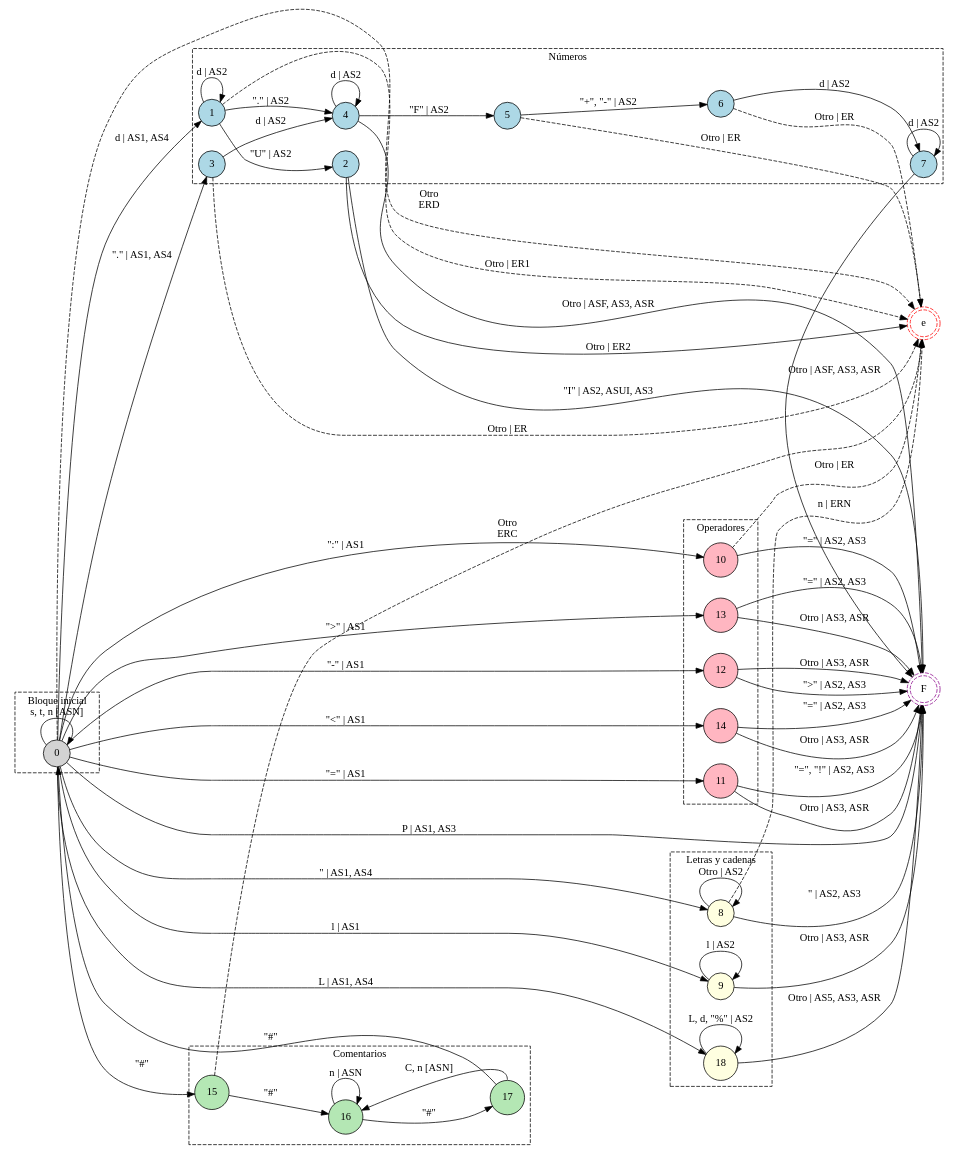
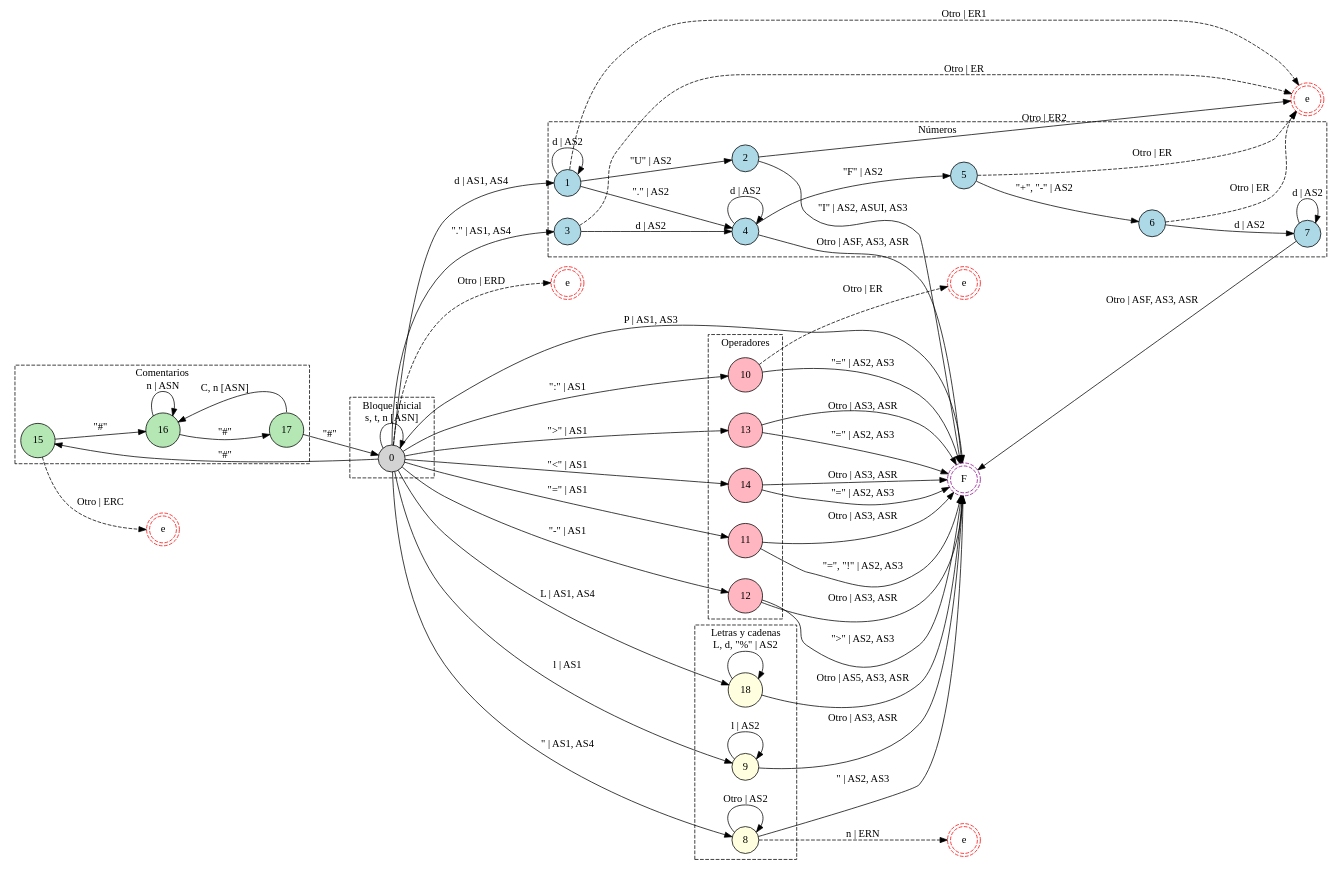
The diagram in resources/diagrams/finiteAutomatom.dot (iroumec/RouVel-Compiler), drawn with Graphviz before and after one commit. The commit also changed 41 other files, not shown here.

Commit message:
Diagrams greatly improved

```diff
--- a/resources/diagrams/finiteAutomatom.dot
+++ b/resources/diagrams/finiteAutomatom.dot
@@ -1,130 +1,139 @@
 digraph DFA {
     // Layout general
     rankdir = LR;
     splines = true;
     overlap = false;
     nodesep = 0.4;
     ranksep = 0.6;
     
     // Estados normales
     node [shape = circle; style = filled;];
     
     // Estado de aceptación
     F [shape = doublecircle;style = dashed;color = "#8a048a";];
     
-    // Estado de error
-    e [shape = doublecircle;style = dashed;color = red;];
+    // Estados de error.
+    // Se definen varios para que el autómata quede más claro.
+    // Todos referencias al mismo estado de error.
+    // ERROR GENERAL.
+    eG [shape = doublecircle;style = dashed;color = red;label = "e";];
+    // ERROR DE COMENTARIO.
+    eC [shape = doublecircle;style = dashed;color = red;label = "e";];
+    // ERROR DE OPERADOR.
+    eP [shape = doublecircle;style = dashed;color = red;label = "e";];
+    // ERROR DE NÚMERO.
+    eN [shape = doublecircle;style = dashed;color = red;label = "e";];
+    // ERROR DE CADENA.
+    eS [shape = doublecircle;style = dashed;color = red;label = "e";];
     
     // -----------------------------
     // Agrupación inicial
     subgraph cluster_inicio {
         label = "Bloque inicial";
         style = dashed;
         fillcolor = lightgrey;
         0;
     }
     
     // Agrupación numérica
     subgraph cluster_num {
         label = "Números";
         style = dashed;
         fillcolor = "#f2f2f2";
         node [fillcolor = lightblue;];
         1;
         2;
         3;
         4;
         5;
         6;
         7;
     }
     
     // Agrupación literales
     subgraph cluster_lit {
         label = "Letras y cadenas";
         style = dashed;
         node [fillcolor = lightyellow;];
         8;
         9;
         18;
     }
     
     // Agrupación operadores
     subgraph cluster_ops {
         label = "Operadores";
         style = dashed;
         node [fillcolor = lightpink;];
         10;
         11;
         12;
         13;
         14;
     }
     
     // Agrupación comentarios
     subgraph cluster_coment {
         label = "Comentarios";
         style = dashed;
         node [fillcolor = "#b4e7b4";];
         15;
         16;
         17;
     }
     
     0 -> 0 [label = "s, t, n [ASN]";];
     0 -> 10 [label = "\":\" | AS1";];
     0 -> 11 [label = "\"=\" | AS1";];
     0 -> 12 [label = "\"-\" | AS1";];
     0 -> 13 [label = "\">\" | AS1";];
     0 -> 14 [label = "\"<\" | AS1";];
     0 -> 15 [label = "\"#\"";];
     0 -> 18 [label = "L | AS1, AS4";];
     0 -> 1 [label = "d | AS1, AS4";];
     0 -> 3 [label = "\".\" | AS1, AS4";];
     0 -> 8 [label = "\" | AS1, AS4";];
     0 -> 9 [label = "l | AS1";];
-    0 -> e [label = "Otro \n ERD"; style = dashed;];
+    0 -> eG [label = "Otro | ERD"; style = dashed;];
     0 -> F [label = "P | AS1, AS3";];
-    
     1 -> 1 [label = "d | AS2";];
     1 -> 2 [label = "\"U\" | AS2";];
     1 -> 4 [label = "\".\" | AS2";];
-    1 -> e [label = "Otro | ER1"; style = dashed;];
-    2 -> e [label = "Otro | ER2";];
+    1 -> eN [label = "Otro | ER1"; style = dashed;];
+    2 -> eN [label = "Otro | ER2";];
     2 -> F [label = "\"I\" | AS2, ASUI, AS3";];
     3 -> 4 [label = "d | AS2";];
-    3 -> e [label = "Otro | ER"; style = dashed;];
+    3 -> eN [label = "Otro | ER"; style = dashed;];
     4 -> 4 [label = "d | AS2";];
     4 -> 5 [label = "\"F\" | AS2";];
     4 -> F [label = "Otro | ASF, AS3, ASR";];
     5 -> 6 [label = "\"+\", \"-\" | AS2";];
-    5 -> e [label = "Otro | ER"; style = dashed;];
+    5 -> eN [label = "Otro | ER"; style = dashed;];
     6 -> 7 [label = "d | AS2";];
-    6 -> e [label = "Otro | ER"; style = dashed;];
+    6 -> eN [label = "Otro | ER"; style = dashed;];
     7 -> 7 [label = "d | AS2";];
     7 -> F [label = "Otro | ASF, AS3, ASR";];
-    
     8 -> 8 [label = "Otro | AS2";];
-    8 -> e [label = "n | ERN"; style = dashed;];
+    8 -> eS [label = "n | ERN"; style = dashed;];
     8 -> F [label = "\" | AS2, AS3";];
     9 -> 9 [label = "l | AS2";];
     9 -> F [label = "Otro | AS3, ASR";];
-    10 -> e [label = "Otro | ER"; style = dashed;];
+    10 -> eP [label = "Otro | ER"; style = dashed;];
     10 -> F [label = "\"=\" | AS2, AS3";];
     11 -> F [label = "\"=\", \"!\" | AS2, AS3";];
     11 -> F [label = "Otro | AS3, ASR";];
     12 -> F [label = "\">\" | AS2, AS3";];
     12 -> F [label = "Otro | AS3, ASR";];
     13 -> F [label = "\"=\" | AS2, AS3";];
     13 -> F [label = "Otro | AS3, ASR";];
     14 -> F [label = "\"=\" | AS2, AS3";];
     14 -> F [label = "Otro | AS3, ASR";];
     15 -> 16 [label = "\"#\"";];
-    15 -> e [label = "Otro \n ERC"; style = dashed;];
+    15 -> eC [label = "Otro | ERC"; style = dashed;];
     16 -> 16 [label = "n | ASN";];
     16 -> 17 [label = "\"#\"";];
     17 -> 0 [label = "\"#\"";];
     17 -> 16 [label = "C, n [ASN]"; tailport = n;];
     18 -> 18 [label = "L, d, \"%\" | AS2";];
     18 -> F [label = "Otro | AS5, AS3, ASR";];
 }
```
